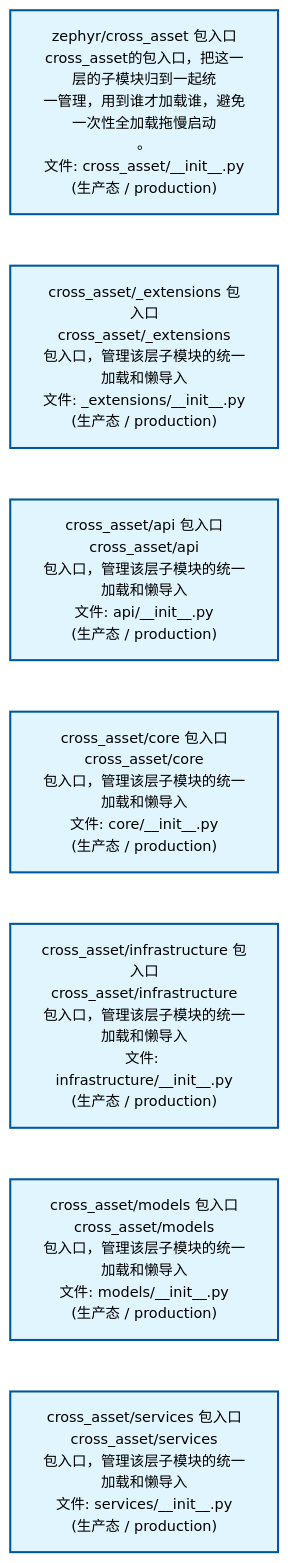
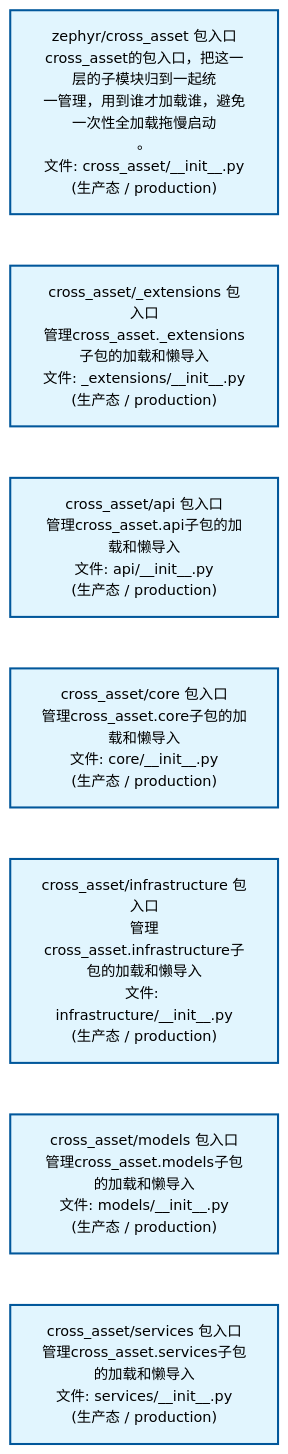
One commit to xuanFelixVan/ZephyrAlpha changed the first of 2 diagrams in docs/02_enterprise_architecture/02_domain_architecture_docs/40_d_cross_asset.md. Above: the diagram before and after it, drawn with Mermaid. The commit also changed other lines of this file and 59 other files, not shown here.

````diff
--- a/docs/02_enterprise_architecture/02_domain_architecture_docs/40_d_cross_asset.md
+++ b/docs/02_enterprise_architecture/02_domain_architecture_docs/40_d_cross_asset.md
@@ -53,22 +53,22 @@
 ```mermaid
 %%{init: {'theme': 'base', 'themeVariables': {'primaryColor': '#eaeaea', 'primaryTextColor': '#333333', 'primaryBorderColor': '#666666', 'lineColor': '#666666', 'secondaryColor': '#eaeaea', 'tertiaryColor': '#eaeaea', 'fontSize': '14px'}}}%%
 flowchart TD
     src_zephyr_cross_asset_init_py["zephyr/cross_asset 包入口<br/>cross_asset的包入口，把这一层的子模块归到一起统<br/>一管理，用到谁才加载谁，避免一次性全加载拖慢启动<br/>。<br/>文件: cross_asset/__init__.py<br/>(生产态 / production)"]
-    src_zephyr_cross_asset_extensions_init_py["cross_asset/_extensions 包入口<br/>cross_asset/_extensions<br/>包入口，管理该层子模块的统一加载和懒导入<br/>文件: _extensions/__init__.py<br/>(生产态 / production)"]
-    src_zephyr_cross_asset_api_init_py["cross_asset/api 包入口<br/>cross_asset/api<br/>包入口，管理该层子模块的统一加载和懒导入<br/>文件: api/__init__.py<br/>(生产态 / production)"]
-    src_zephyr_cross_asset_core_init_py["cross_asset/core 包入口<br/>cross_asset/core<br/>包入口，管理该层子模块的统一加载和懒导入<br/>文件: core/__init__.py<br/>(生产态 / production)"]
-    src_zephyr_cross_asset_infrastructure_init_py["cross_asset/infrastructure 包入口<br/>cross_asset/infrastructure<br/>包入口，管理该层子模块的统一加载和懒导入<br/>文件: infrastructure/__init__.py<br/>(生产态 / production)"]
-    src_zephyr_cross_asset_models_init_py["cross_asset/models 包入口<br/>cross_asset/models<br/>包入口，管理该层子模块的统一加载和懒导入<br/>文件: models/__init__.py<br/>(生产态 / production)"]
-    src_zephyr_cross_asset_services_init_py["cross_asset/services 包入口<br/>cross_asset/services<br/>包入口，管理该层子模块的统一加载和懒导入<br/>文件: services/__init__.py<br/>(生产态 / production)"]
+    src_zephyr_cross_asset_extensions_init_py["cross_asset/_extensions 包入口<br/>管理cross_asset._extensions子包的加载和懒导入<br/>文件: _extensions/__init__.py<br/>(生产态 / production)"]
+    src_zephyr_cross_asset_api_init_py["cross_asset/api 包入口<br/>管理cross_asset.api子包的加载和懒导入<br/>文件: api/__init__.py<br/>(生产态 / production)"]
+    src_zephyr_cross_asset_core_init_py["cross_asset/core 包入口<br/>管理cross_asset.core子包的加载和懒导入<br/>文件: core/__init__.py<br/>(生产态 / production)"]
+    src_zephyr_cross_asset_infrastructure_init_py["cross_asset/infrastructure 包入口<br/>管理cross_asset.infrastructure子包的加载和懒导入<br/>文件: infrastructure/__init__.py<br/>(生产态 / production)"]
+    src_zephyr_cross_asset_models_init_py["cross_asset/models 包入口<br/>管理cross_asset.models子包的加载和懒导入<br/>文件: models/__init__.py<br/>(生产态 / production)"]
+    src_zephyr_cross_asset_services_init_py["cross_asset/services 包入口<br/>管理cross_asset.services子包的加载和懒导入<br/>文件: services/__init__.py<br/>(生产态 / production)"]
     src_zephyr_cross_asset_init_py ~~~ src_zephyr_cross_asset_extensions_init_py
     src_zephyr_cross_asset_extensions_init_py ~~~ src_zephyr_cross_asset_api_init_py
     src_zephyr_cross_asset_api_init_py ~~~ src_zephyr_cross_asset_core_init_py
     src_zephyr_cross_asset_core_init_py ~~~ src_zephyr_cross_asset_infrastructure_init_py
     src_zephyr_cross_asset_infrastructure_init_py ~~~ src_zephyr_cross_asset_models_init_py
     src_zephyr_cross_asset_models_init_py ~~~ src_zephyr_cross_asset_services_init_py
     classDef production fill:#e1f5fe,stroke:#01579b,stroke-width:2px,color:#000
     classDef design fill:#fff3e0,stroke:#e65100,stroke-width:2px,color:#000,stroke-dasharray: 5 5
     classDef external_prod fill:#e8f4fd,stroke:#0277bd,stroke-width:1px,color:#000
     classDef external_design fill:#fff8e7,stroke:#ef6c00,stroke-width:1px,color:#000,stroke-dasharray: 5 5
     class src_zephyr_cross_asset_init_py,src_zephyr_cross_asset_extensions_init_py,src_zephyr_cross_asset_api_init_py,src_zephyr_cross_asset_core_init_py,src_zephyr_cross_asset_infrastructure_init_py,src_zephyr_cross_asset_models_init_py,src_zephyr_cross_asset_services_init_py production
 ```
````
